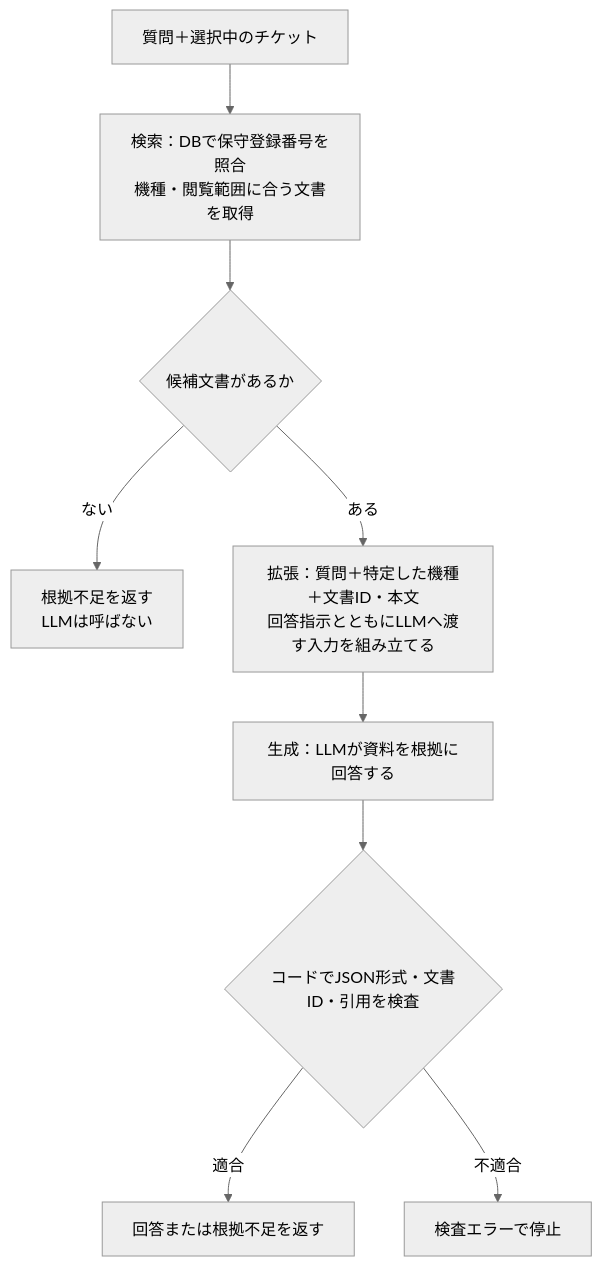
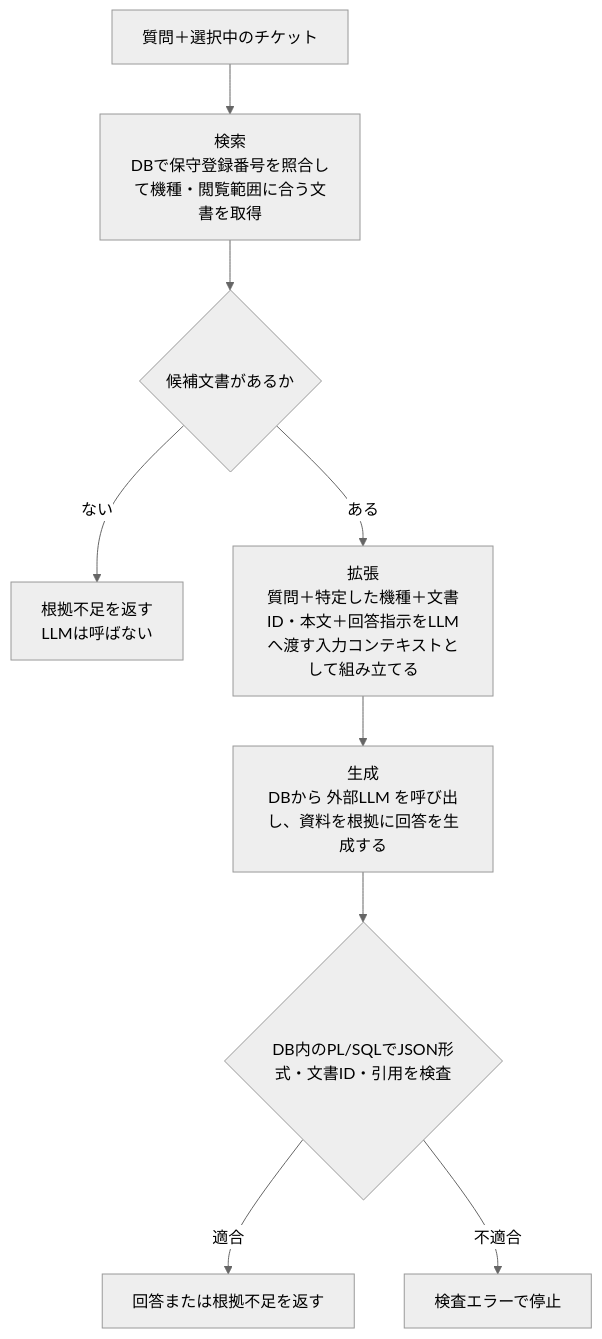
One commit to kutsushitaneko/orajam41-in-database-ai-demo changed the third of 4 diagrams in article/qiita.md. Above: the diagram before and after it, drawn with Mermaid (neutral theme). The commit also changed other lines of this file and 2 other files, not shown here.

````diff
--- a/article/qiita.md
+++ b/article/qiita.md
@@ -724,11 +894,11 @@
 ```mermaid
 flowchart TD
-    Q["質問＋選択中のチケット"] --> R["検索：DBで保守登録番号を照合<br/>機種・閲覧範囲に合う文書を取得"]
+    Q["質問＋選択中のチケット"] --> R["検索<BR/>DBで保守登録番号を照合して機種・閲覧範囲に合う文書を取得"]
     R --> H{"候補文書があるか"}
     H -->|ない| N["根拠不足を返す<br/>LLMは呼ばない"]
-    H -->|ある| A["拡張：質問＋特定した機種＋文書ID・本文<br/>回答指示とともにLLMへ渡す入力を組み立てる"]
-    A --> G["生成：LLMが資料を根拠に回答する"]
-    G --> V{"コードでJSON形式・文書ID・引用を検査"}
+    H -->|ある| A["拡張<br/>質問＋特定した機種＋文書ID・本文＋回答指示をLLMへ渡す入力コンテキストとして組み立てる"]
+    A --> G["生成<br/>DBから 外部LLM を呼び出し、資料を根拠に回答を生成する"]
+    G --> V{"DB内のPL/SQLでJSON形式・文書ID・引用を検査"}
     V -->|適合| O["回答または根拠不足を返す"]
     V -->|不適合| E["検査エラーで停止"]
 ```
````
